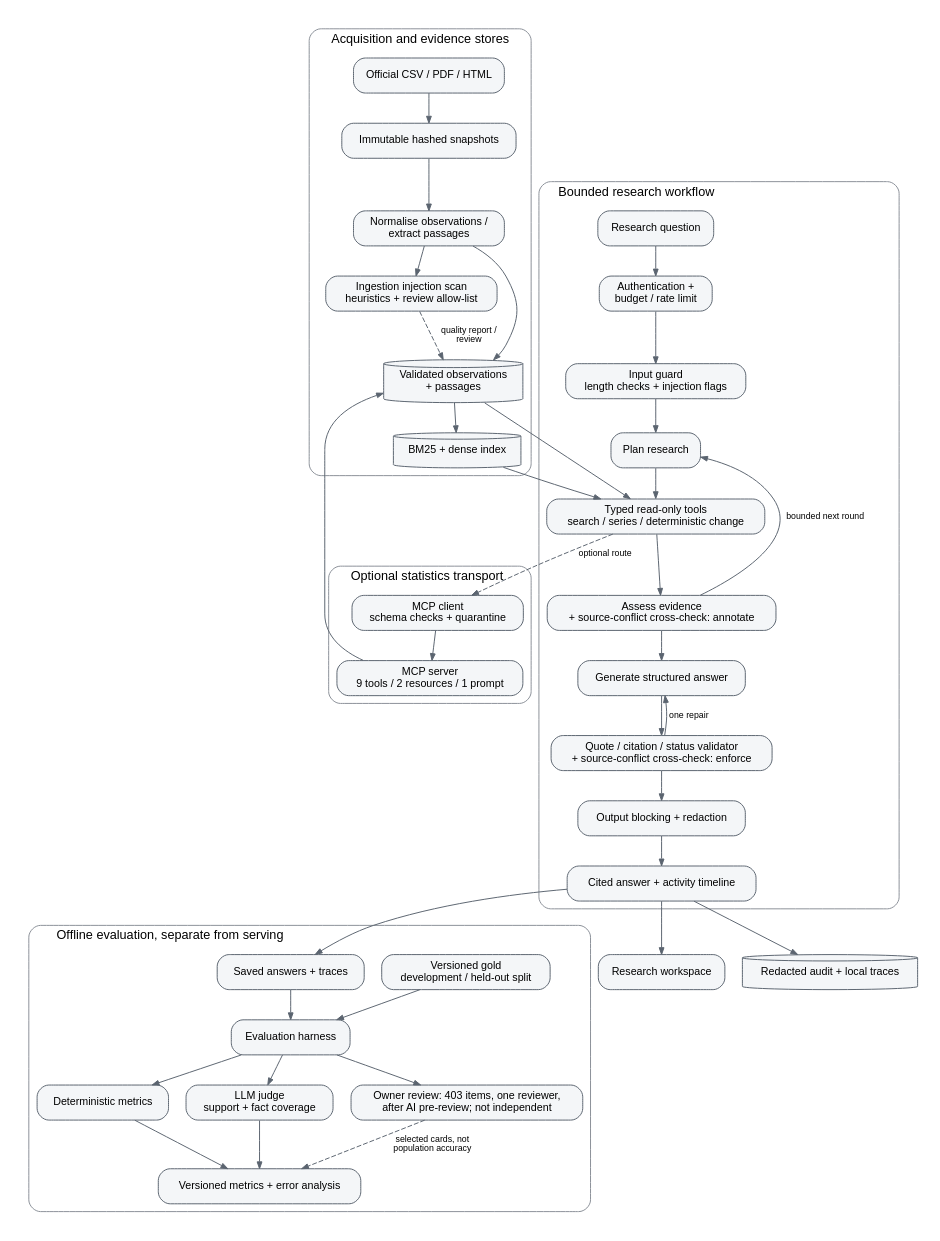
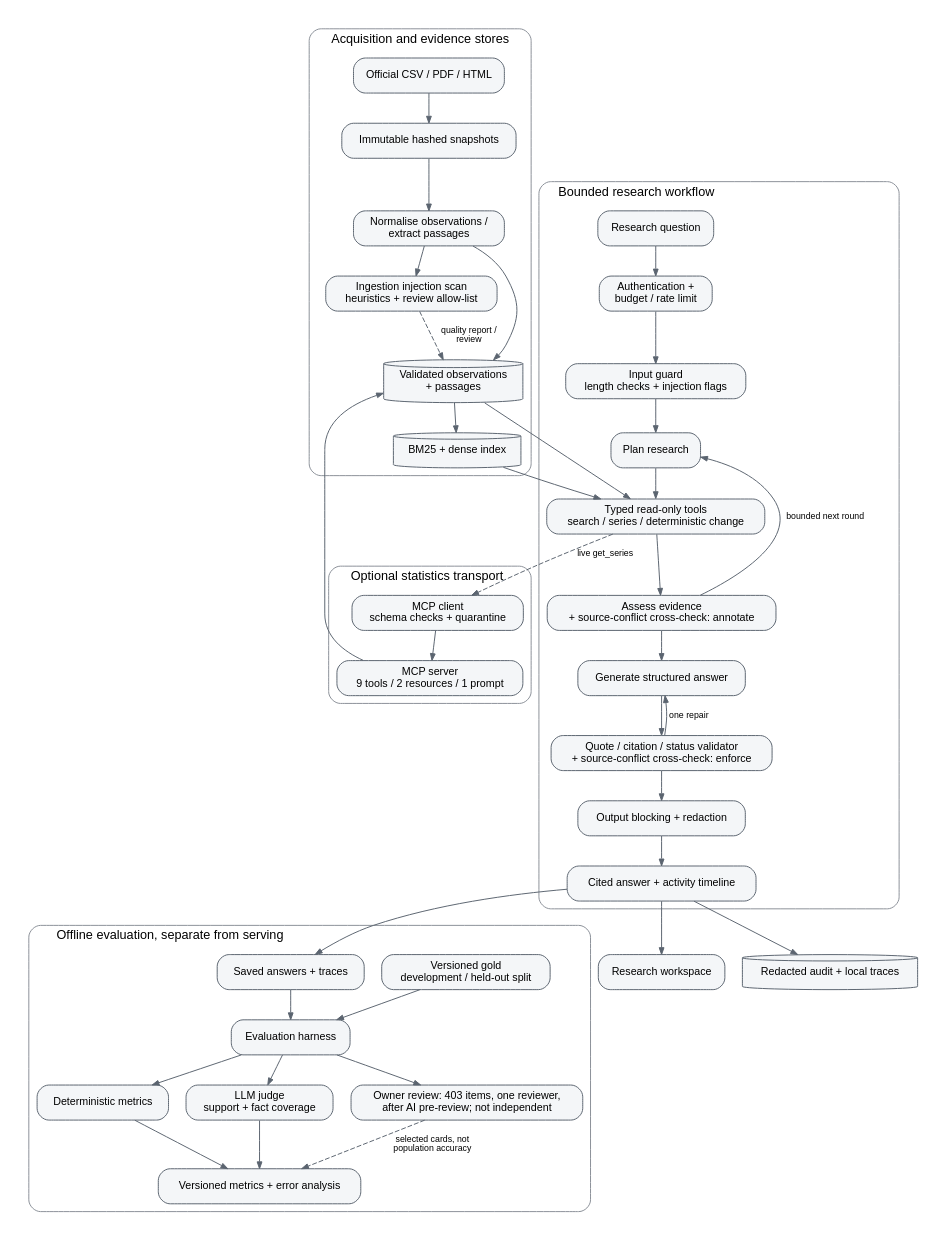
One commit to mihirkhandekar/labourlens changed the diagram in docs/img/architecture.dot. Above: the diagram before and after it, drawn with Graphviz. The commit also changed 23 other files, not shown here.

Commit message:
Live app routes get_series through the local MCP server (D-053)

```diff
--- a/docs/img/architecture.dot
+++ b/docs/img/architecture.dot
@@ -1,57 +1,57 @@
 // Source of docs/img/architecture.svg. Same content as the Mermaid diagram in docs/architecture.md section 2.
 // Render: dot -Tsvg docs/img/architecture.dot -o docs/img/architecture.svg
 digraph labourlens {
   rankdir=TB; compound=true; newrank=true; nodesep=0.25; ranksep=0.4;
   graph [fontname="Helvetica", fontsize=13, labeljust=l, style="rounded", color="#8a8f98", bgcolor="white", pad=0.2];
   node  [fontname="Helvetica", fontsize=11, shape=box, style="rounded,filled", fillcolor="#f4f6f8", color="#5b6470"];
   edge  [fontname="Helvetica", fontsize=9, color="#5b6470", arrowsize=0.7];
 
   subgraph cluster_data { label="Acquisition and evidence stores";
     SOURCE [label="Official CSV / PDF / HTML"];
     SNAP   [label="Immutable hashed snapshots"];
     PARSE  [label="Normalise observations /\nextract passages"];
     SCAN   [label="Ingestion injection scan\nheuristics + review allow-list"];
     STORE  [label="Validated observations\n+ passages", shape=cylinder];
     INDEX  [label="BM25 + dense index", shape=cylinder];
     SOURCE -> SNAP -> PARSE; PARSE -> SCAN; PARSE -> STORE -> INDEX;
     SCAN -> STORE [style=dashed, label="quality report /\nreview"];
   }
   subgraph cluster_runtime { label="Bounded research workflow";
     USER   [label="Research question"];
     ADMIT  [label="Authentication +\nbudget / rate limit"];
     INPUT  [label="Input guard\nlength checks + injection flags"];
     PLAN   [label="Plan research"];
     TOOLS  [label="Typed read-only tools\nsearch / series / deterministic change"];
     ASSESS [label="Assess evidence\n+ source-conflict cross-check: annotate"];
     ANSWER [label="Generate structured answer"];
     VALID  [label="Quote / citation / status validator\n+ source-conflict cross-check: enforce"];
     REDACT [label="Output blocking + redaction"];
     OUT    [label="Cited answer + activity timeline"];
     USER -> ADMIT -> INPUT -> PLAN -> TOOLS -> ASSESS -> ANSWER -> VALID -> REDACT -> OUT;
     ASSESS -> PLAN   [label="bounded next round", constraint=false];
     VALID  -> ANSWER [label="one repair", constraint=false];
   }
   subgraph cluster_mcp { label="Optional statistics transport";
     CLIENT [label="MCP client\nschema checks + quarantine"];
     SERVER [label="MCP server\n9 tools / 2 resources / 1 prompt"];
     CLIENT -> SERVER;
   }
   subgraph cluster_eval { label="Offline evaluation, separate from serving";
     GOLD    [label="Versioned gold\ndevelopment / held-out split"];
     RUNS    [label="Saved answers + traces"];
     HARNESS [label="Evaluation harness"];
     DETER   [label="Deterministic metrics"];
     JUDGE   [label="LLM judge\nsupport + fact coverage"];
     HUMAN   [label="Owner review: 403 items, one reviewer,\nafter AI pre-review; not independent"];
     REPORT  [label="Versioned metrics + error analysis"];
     GOLD -> HARNESS; RUNS -> HARNESS; HARNESS -> DETER -> REPORT; HARNESS -> JUDGE -> REPORT;
     HARNESS -> HUMAN; HUMAN -> REPORT [style=dashed, label="selected cards, not\npopulation accuracy"];
   }
   WEB   [label="Research workspace"];
   AUDIT [label="Redacted audit + local traces", shape=cylinder];
 
   INDEX -> TOOLS; STORE -> TOOLS;
-  TOOLS -> CLIENT [style=dashed, label="optional route"];
+  TOOLS -> CLIENT [style=dashed, label="live get_series"];
   SERVER -> STORE;
   OUT -> RUNS; OUT -> WEB; OUT -> AUDIT;
 }
```
